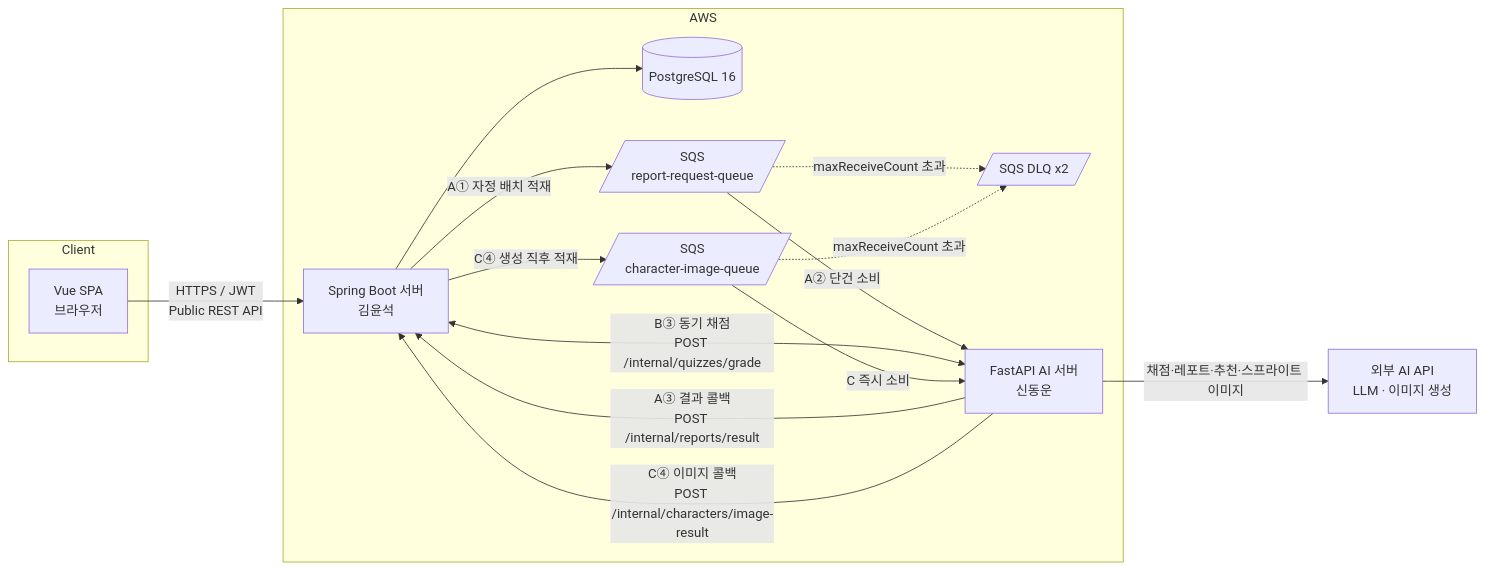
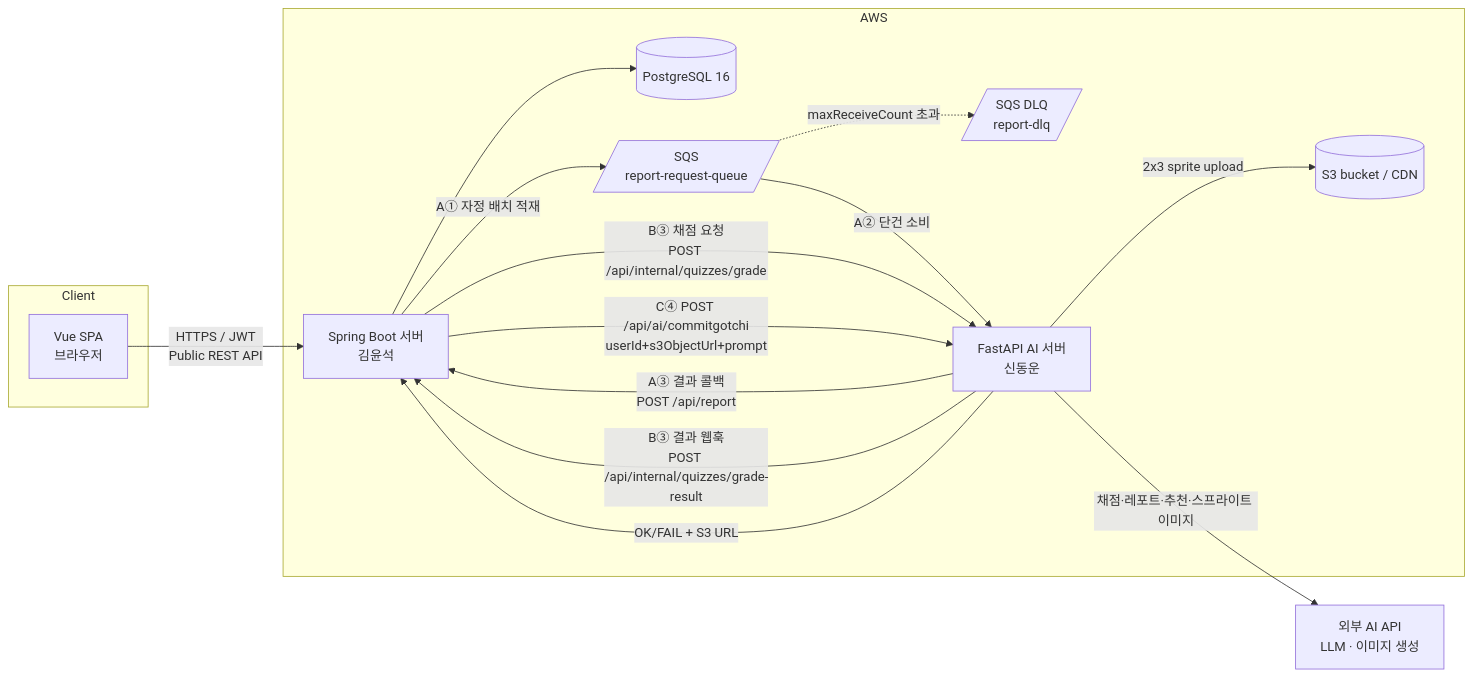
Before and after one commit to YunAndDong/commitgotchi: the first of 7 diagrams in _bmad-output/planning-artifacts/architecture/architecture-commitgotchi-2026-06-07/architecture.md, drawn with Mermaid. The commit also changed other lines of this file, not shown here.

Commit message:
docs: align core architecture contracts

````diff
--- a/_bmad-output/planning-artifacts/architecture/architecture-commitgotchi-2026-06-07/architecture.md
+++ b/_bmad-output/planning-artifacts/architecture/architecture-commitgotchi-2026-06-07/architecture.md
@@ -103,36 +103,36 @@
 ```mermaid
 flowchart LR
   subgraph Client
     V[Vue SPA<br/>브라우저]
   end
   subgraph AWS
     SB[Spring Boot 서버<br/>김윤석]
     PG[(PostgreSQL 16)]
     RQ[/SQS<br/>report-request-queue/]
-    IQ[/SQS<br/>character-image-queue/]
-    DLQ[/SQS DLQ x2/]
+    DLQ[/SQS DLQ<br/>report-dlq/]
+    S3[(S3 bucket / CDN)]
     FA[FastAPI AI 서버<br/>신동운]
   end
   EXT[외부 AI API<br/>LLM · 이미지 생성]
 
   V -->|HTTPS / JWT<br/>Public REST API| SB
 
   SB --> PG
 
   %% 흐름 A — 일일 리포트(비동기·자정 배치)
   SB -->|A① 자정 배치 적재| RQ
   RQ -->|A② 단건 소비| FA
-  FA -->|A③ 결과 콜백<br/>POST /internal/reports/result| SB
+  FA -->|A③ 결과 콜백<br/>POST /api/report| SB
 
-  %% 흐름 B — 퀴즈 채점(동기·즉시)
-  SB <-->|B③ 동기 채점<br/>POST /internal/quizzes/grade| FA
+  %% 흐름 B — 퀴즈 채점(비동기 웹훅)
+  SB -->|B③ 채점 요청<br/>POST /api/internal/quizzes/grade| FA
+  FA -->|B③ 결과 웹훅<br/>POST /api/internal/quizzes/grade-result| SB
 
-  %% 흐름 C — 캐릭터 이미지(비동기·즉시)
-  SB -->|C④ 생성 직후 적재| IQ
-  IQ -->|C 즉시 소비| FA
-  FA -->|C④ 이미지 콜백<br/>POST /internal/characters/image-result| SB
+  %% 흐름 C — 캐릭터 이미지(동기 HTTP)
+  SB -->|C④ POST /api/ai/commitgotchi<br/>userId+s3ObjectUrl+prompt| FA
+  FA -->|2x3 sprite upload| S3
+  FA -->|OK/FAIL + S3 URL| SB
 
   RQ -.->|maxReceiveCount 초과| DLQ
-  IQ -.->|maxReceiveCount 초과| DLQ
   FA -->|채점·레포트·추천·스프라이트 이미지| EXT
 ```
````
